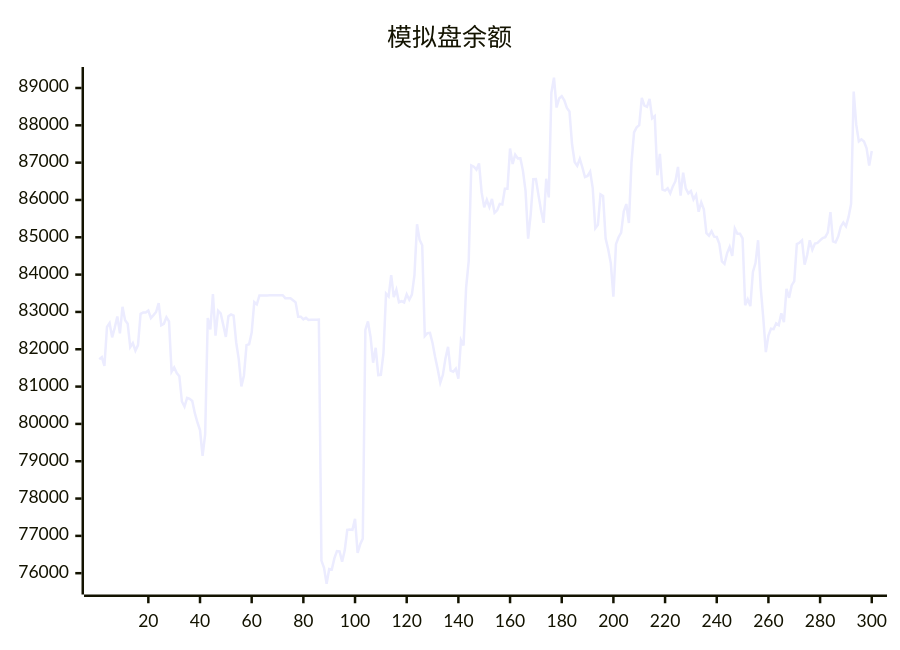
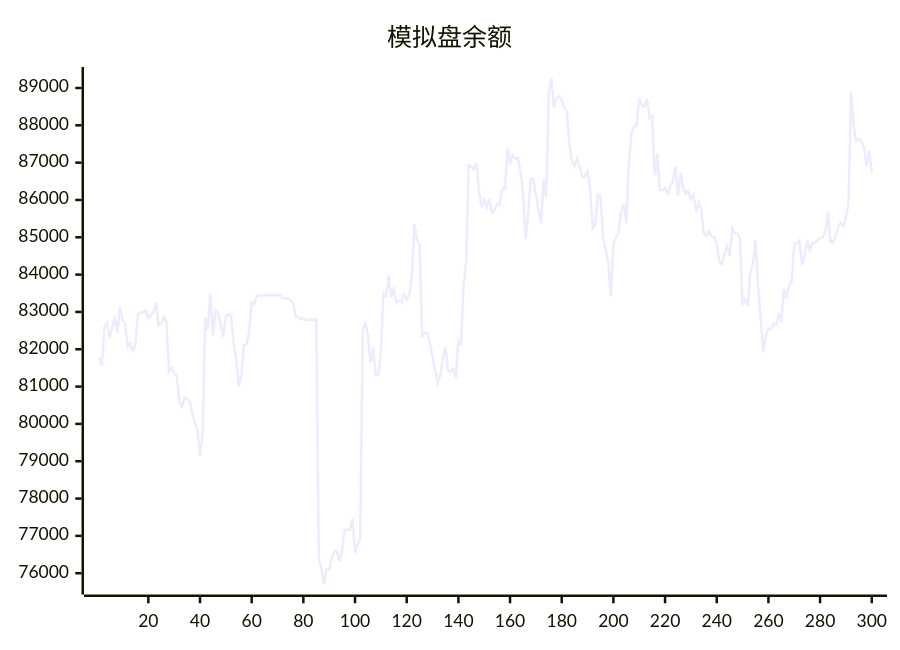
One commit to aahl/ai-trading changed the diagram in README.md. Above: the diagram before and after it, drawn with Mermaid. The commit also changed other lines of this file and 1 other file, not shown here.

````diff
--- a/README.md
+++ b/README.md
@@ -5,5 +5,5 @@
 ```mermaid
 xychart
     title "模拟盘余额"
-    line [81734,81788,81551,82598,82702,82320,82580,82878,82426,83139,82778,82686,82056,82166,81963,82110,82951,82983,82984,83038,82838,82915,82998,83235,82642,82682,82858,82746,81396,81512,81362,81277,80600,80461,80699,80673,80616,80288,80038,79836,79142,79722,82837,82533,83480,82366,83032,82960,82654,82330,82883,82934,82901,82188,81728,81005,81298,82110,82135,82449,83264,83203,83440,83439,83440,83440,83446,83447,83448,83447,83448,83449,83369,83369,83369,83313,83256,82872,82873,82801,82844,82785,82791,82791,82793,82794,76339,76145,75714,76110,76096,76397,76594,76585,76310,76607,77160,77170,77160,77456,76541,76774,76927,82520,82744,82337,81639,82040,81307,81314,81887,83490,83414,83984,83396,83594,83261,83287,83253,83470,83327,83465,83987,85348,84930,84786,82355,82433,82438,82167,81795,81466,81105,81315,81756,82064,81426,81398,81481,81210,82242,82099,83658,84359,86925,86892,86814,86980,86203,85802,86003,85811,86028,85657,85721,85896,85880,86300,86299,87378,86965,87214,87115,87118,86780,86238,84966,85623,86555,86562,86129,85722,85387,86569,86070,88870,89278,88477,88720,88781,88668,88467,88372,87493,87018,86917,87102,86870,86613,86644,86758,86317,85242,85334,86149,86106,84968,84671,84302,83410,84816,85001,85127,85693,85891,85384,87001,87811,87945,88007,88734,88528,88495,88705,88189,88248,86662,87234,86279,86251,86314,86177,86364,86503,86886,86114,86731,86310,86176,86240,86017,86136,85685,85938,85749,85111,85044,85164,85016,85008,84824,84354,84287,84572,84745,84500,85234,85096,85095,84970,83180,83338,83157,84070,84309,84922,83667,82850,81924,82369,82552,82539,82695,82648,82962,82728,83619,83378,83710,83825,84819,84854,84917,84265,84527,84919,84668,84834,84850,84916,84981,85004,85131,85674,84891,84864,85019,85284,85393,85294,85538,85894,88904,88012,87567,87625,87568,87386,86920,87313]
+    line [81788,81551,82598,82702,82320,82580,82878,82426,83139,82778,82686,82056,82166,81963,82110,82951,82983,82984,83038,82838,82915,82998,83235,82642,82682,82858,82746,81396,81512,81362,81277,80600,80461,80699,80673,80616,80288,80038,79836,79142,79722,82837,82533,83480,82366,83032,82960,82654,82330,82883,82934,82901,82188,81728,81005,81298,82110,82135,82449,83264,83203,83440,83439,83440,83440,83446,83447,83448,83447,83448,83449,83369,83369,83369,83313,83256,82872,82873,82801,82844,82785,82791,82791,82793,82794,76339,76145,75714,76110,76096,76397,76594,76585,76310,76607,77160,77170,77160,77456,76541,76774,76927,82520,82744,82337,81639,82040,81307,81314,81887,83490,83414,83984,83396,83594,83261,83287,83253,83470,83327,83465,83987,85348,84930,84786,82355,82433,82438,82167,81795,81466,81105,81315,81756,82064,81426,81398,81481,81210,82242,82099,83658,84359,86925,86892,86814,86980,86203,85802,86003,85811,86028,85657,85721,85896,85880,86300,86299,87378,86965,87214,87115,87118,86780,86238,84966,85623,86555,86562,86129,85722,85387,86569,86070,88870,89278,88477,88720,88781,88668,88467,88372,87493,87018,86917,87102,86870,86613,86644,86758,86317,85242,85334,86149,86106,84968,84671,84302,83410,84816,85001,85127,85693,85891,85384,87001,87811,87945,88007,88734,88528,88495,88705,88189,88248,86662,87234,86279,86251,86314,86177,86364,86503,86886,86114,86731,86310,86176,86240,86017,86136,85685,85938,85749,85111,85044,85164,85016,85008,84824,84354,84287,84572,84745,84500,85234,85096,85095,84970,83180,83338,83157,84070,84309,84922,83667,82850,81924,82369,82552,82539,82695,82648,82962,82728,83619,83378,83710,83825,84819,84854,84917,84265,84527,84919,84668,84834,84850,84916,84981,85004,85131,85674,84891,84864,85019,85284,85393,85294,85538,85894,88904,88012,87567,87625,87568,87386,86920,87313,86737]
 ```
````
